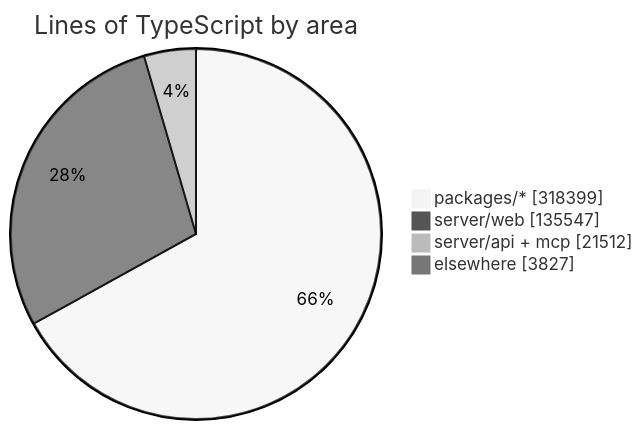
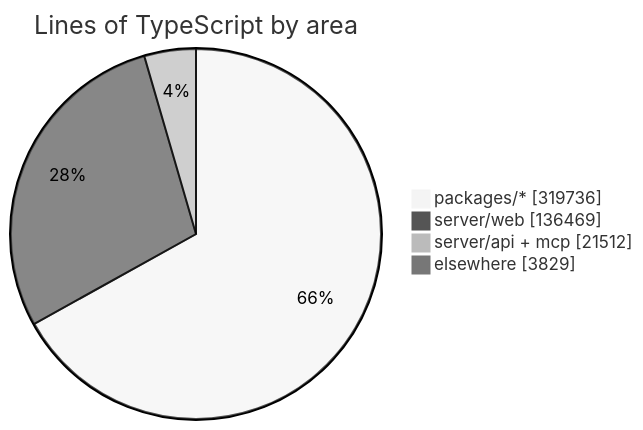
One commit to crossworks-engineering/mantle changed the diagram in README.md. Above: the diagram before and after it, drawn with Mermaid (neutral theme). The commit also changed other lines of this file and 2 other files, not shown here.

````diff
--- a/README.md
+++ b/README.md
@@ -294,7 +294,7 @@
 ```mermaid
 pie showData title Lines of TypeScript by area
-    "packages/*" : 318399
-    "server/web" : 135547
+    "packages/*" : 319736
+    "server/web" : 136469
     "server/api + mcp" : 21512
-    "elsewhere" : 3827
+    "elsewhere" : 3829
 ```
````
